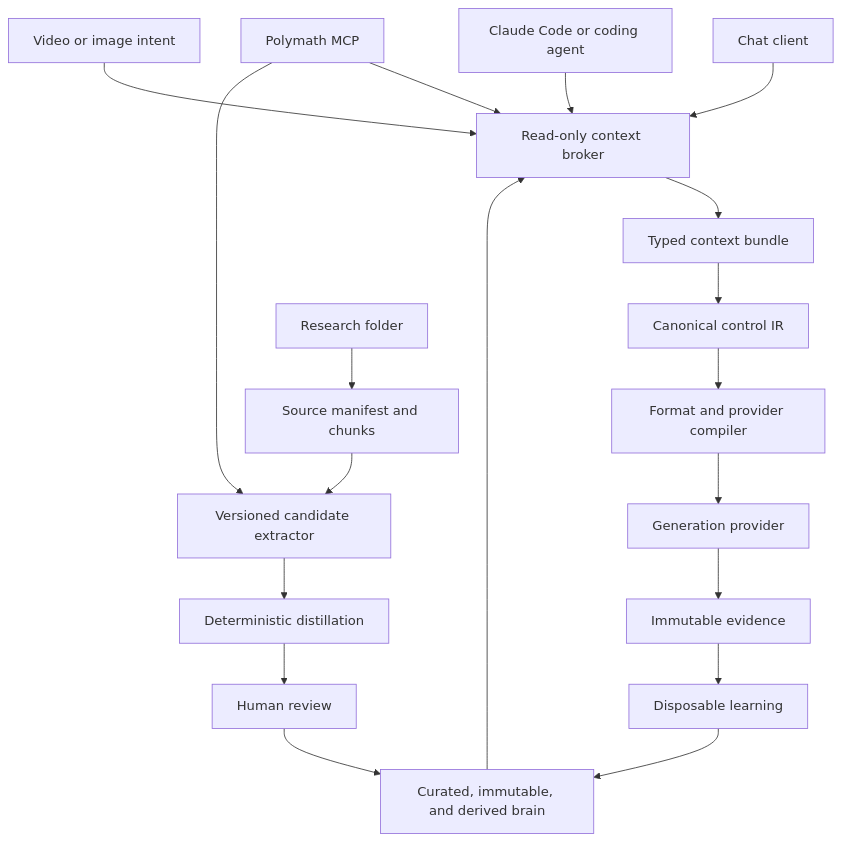
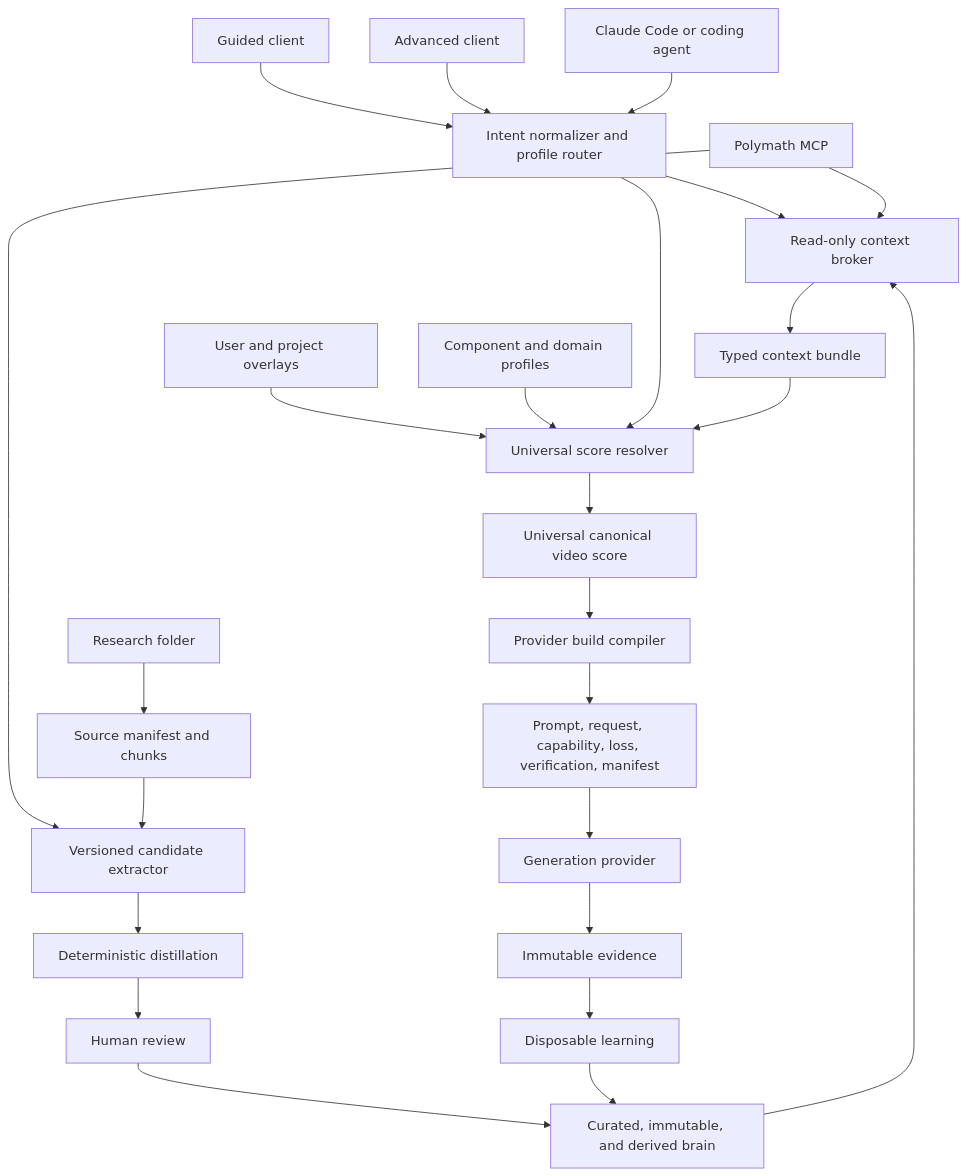
One commit to Kingsley-Cyber/ai-video-movement-prompt-system changed the third of 3 diagrams in ARCHITECTURE.md. Above: the diagram before and after it, drawn with Mermaid. The commit also changed other lines of this file and 5 other files, not shown here.

````diff
--- a/ARCHITECTURE.md
+++ b/ARCHITECTURE.md
@@ -794,23 +977,29 @@
 ```mermaid
 flowchart TB
-    Chat["Chat client"] --> Broker["Read-only context broker"]
-    Agent["Claude Code or coding agent"] --> Broker
-    Goal["Video or image intent"] --> Broker
+    Guided["Guided client"] --> Intent["Intent normalizer and profile router"]
+    Advanced["Advanced client"] --> Intent
+    Agent["Claude Code or coding agent"] --> Intent
+    UserContext["User and project overlays"] --> Resolve["Universal score resolver"]
+    Profiles["Component and domain profiles"] --> Resolve
+    Intent --> Broker["Read-only context broker"]
     KB["Curated, immutable, and derived brain"] --> Broker
     Poly["Polymath MCP"] --> Broker
     Broker --> Context["Typed context bundle"]
-    Context --> IR["Canonical control IR"]
+    Intent --> Resolve
+    Context --> Resolve
+    Resolve --> Score["Universal canonical video score"]
 
     Folder["Research folder"] --> Source["Source manifest and chunks"]
     Poly --> Extract["Versioned candidate extractor"]
     Source --> Extract
     Extract --> Distill["Deterministic distillation"]
     Distill --> Review["Human review"]
     Review --> KB
 
-    IR --> Compile["Format and provider compiler"]
-    Compile --> Render["Generation provider"]
+    Score --> Compile["Provider build compiler"]
+    Compile --> Build["Prompt, request, capability, loss, verification, manifest"]
+    Build --> Render["Generation provider"]
     Render --> Record["Immutable evidence"]
     Record --> Reflect["Disposable learning"]
     Reflect --> KB
 ```
````
